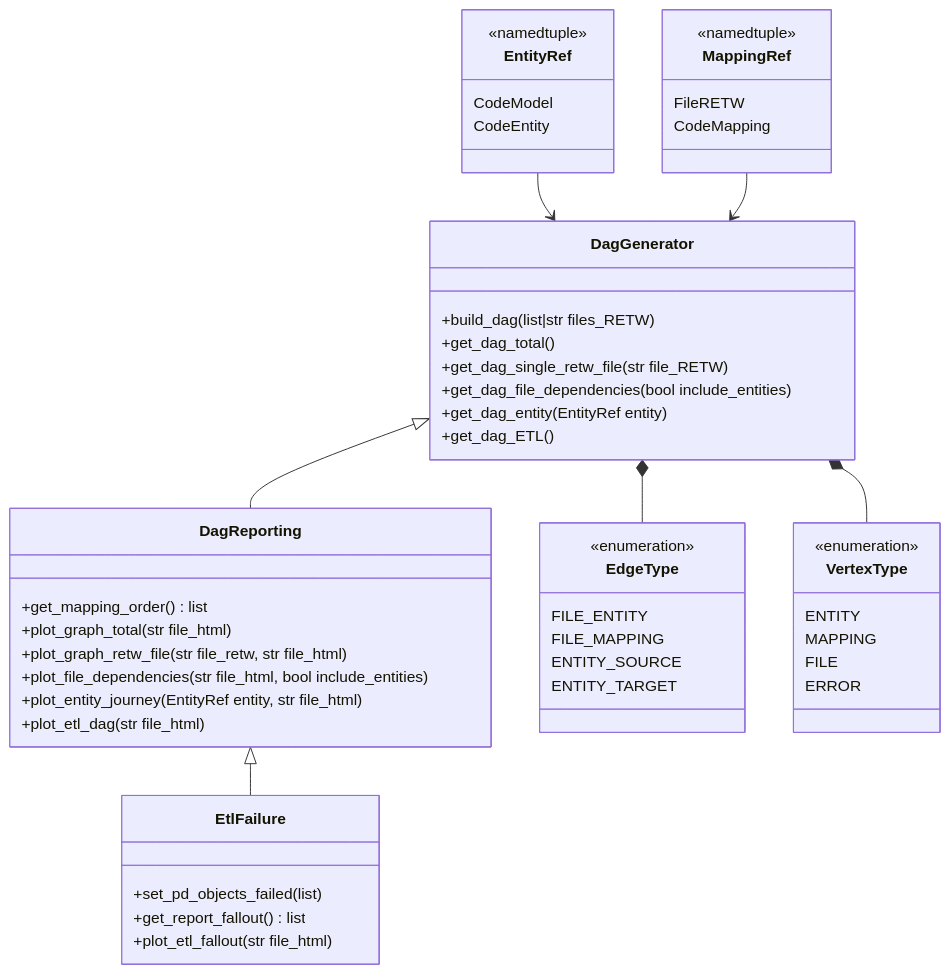
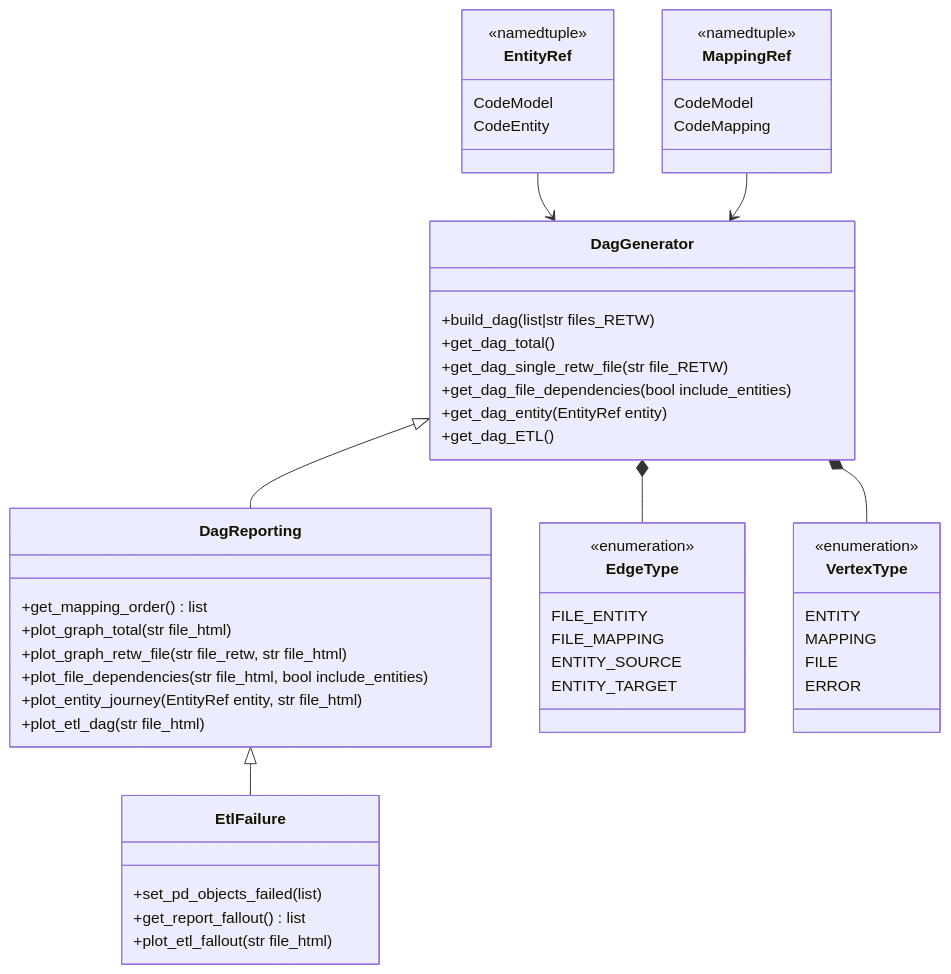
One commit to mark-me/temp changed the third of 3 diagrams in etl_templates/docs/Integrator.md. Above: the diagram before and after it, drawn with Mermaid.

Commit message:
Changed mapping ids

````diff
--- a/etl_templates/docs/Integrator.md
+++ b/etl_templates/docs/Integrator.md
@@ -243,60 +243,60 @@
 ```mermaid
 ---
   config:
     class:
       hideEmptyMembersBox: true
 ---
 classDiagram
   DagGenerator <|-- DagReporting
   DagReporting <|-- EtlFailure
   DagGenerator *-- EdgeType
   DagGenerator *-- VertexType
   EntityRef --> DagGenerator
   MappingRef --> DagGenerator
 
   class EntityRef{
     <<namedtuple>>
     CodeModel
     CodeEntity
   }
   class MappingRef{
     <<namedtuple>>
-    FileRETW
+    CodeModel
     CodeMapping
   }
   class VertexType{
     <<enumeration>>
     ENTITY
     MAPPING
     FILE
     ERROR
   }
   class EdgeType{
     <<enumeration>>
     FILE_ENTITY
     FILE_MAPPING
     ENTITY_SOURCE
     ENTITY_TARGET
   }
   class DagGenerator{
     +build_dag(list|str files_RETW)
     +get_dag_total()
     +get_dag_single_retw_file(str file_RETW)
     +get_dag_file_dependencies(bool include_entities)
     +get_dag_entity(EntityRef entity)
     +get_dag_ETL()
   }
   class DagReporting{
     +get_mapping_order() list
     +plot_graph_total(str file_html)
     +plot_graph_retw_file(str file_retw, str file_html)
     +plot_file_dependencies(str file_html, bool include_entities)
     +plot_entity_journey(EntityRef entity, str file_html)
     +plot_etl_dag(str file_html)
   }
   class EtlFailure{
     +set_pd_objects_failed(list)
     +get_report_fallout() list
     +plot_etl_fallout(str file_html)
   }
 ```
````
